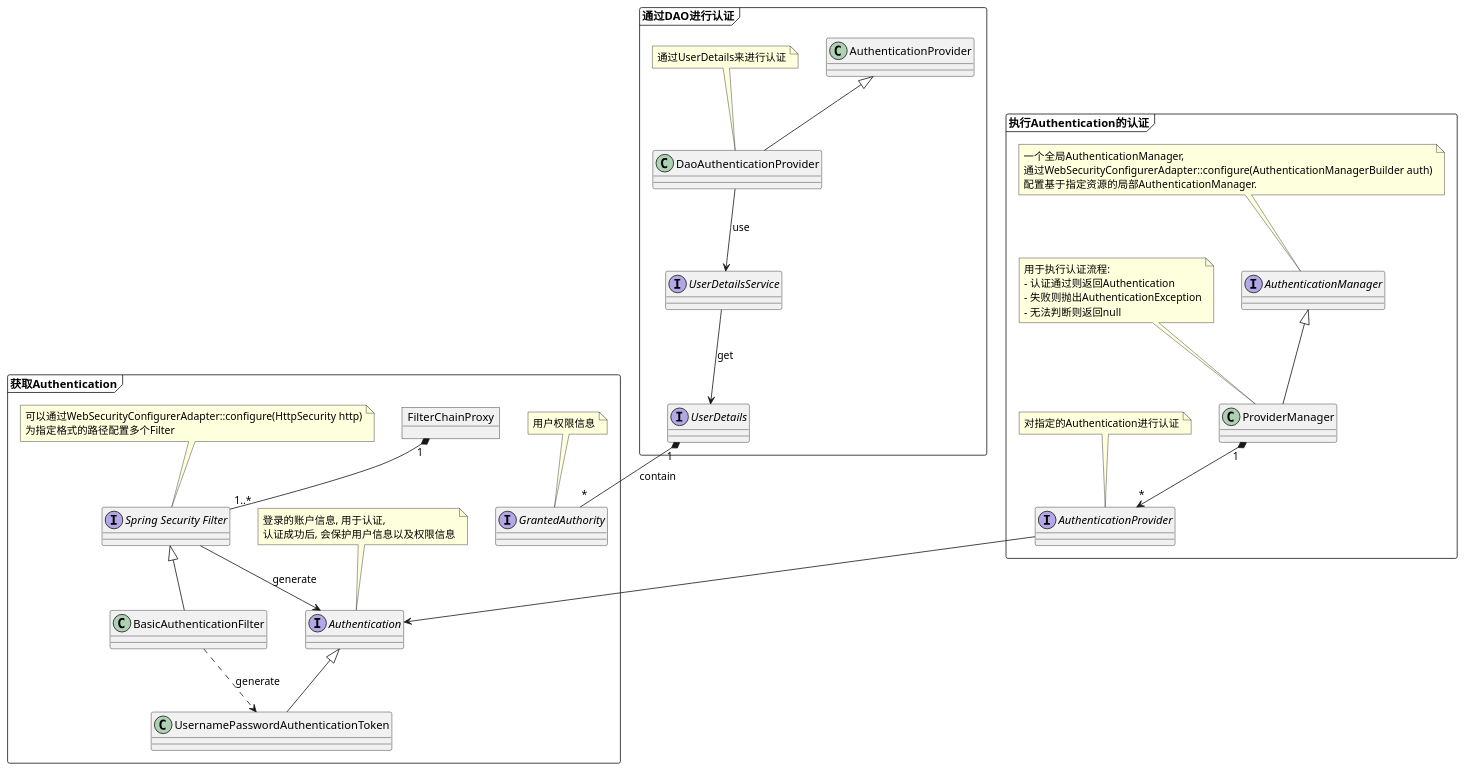
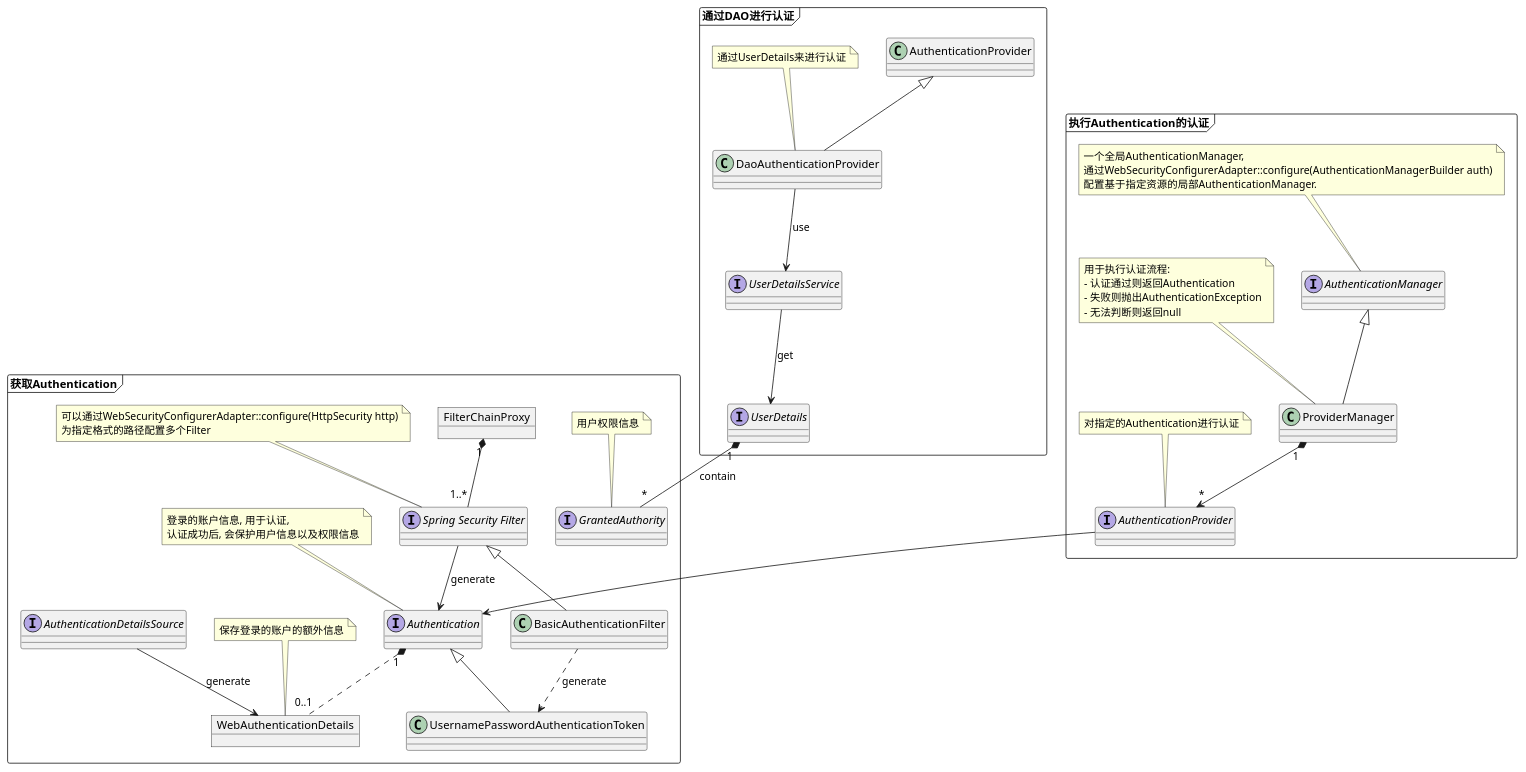
Before and after one commit to xiayy860612/blog-articles: the diagram in 技术/Spring/.Spring Security/architecture.puml, drawn with PlantUML. The commit also changed 6 other files, not shown here.

```diff
--- a/技术/Spring/.Spring Security/architecture.puml
+++ b/技术/Spring/.Spring Security/architecture.puml
@@ -1,78 +1,88 @@
 @startuml "Spring Security框架设计"
 
 frame "获取Authentication" as Step1 {
 object FilterChainProxy
 interface "Spring Security Filter" as Filter
 FilterChainProxy "1" *-- "1..*" Filter
 note as FilterNote
 可以通过WebSecurityConfigurerAdapter::configure(HttpSecurity http)
 为指定格式的路径配置多个Filter
 endnote
 FilterNote .. Filter
 
 interface Authentication
 note as AuthenticationNote
 登录的账户信息, 用于认证,
 认证成功后, 会保护用户信息以及权限信息
 endnote
 AuthenticationNote .. Authentication
+
+object WebAuthenticationDetails
+note as AuthenticationDetails
+保存登录的账户的额外信息
+endnote
+AuthenticationDetails .. WebAuthenticationDetails
+Authentication "1" *.. "0..1" WebAuthenticationDetails
+
+interface AuthenticationDetailsSource
+AuthenticationDetailsSource --> WebAuthenticationDetails: generate
 
 interface GrantedAuthority
 note as GrantedAuthorityNote
 用户权限信息
 endnote
 GrantedAuthorityNote .. GrantedAuthority
 
 Filter --> Authentication: generate
 
 class BasicAuthenticationFilter extends Filter
 class UsernamePasswordAuthenticationToken extends Authentication
 BasicAuthenticationFilter ..> UsernamePasswordAuthenticationToken: generate
 }
 
 frame "执行Authentication的认证" as Step2 {
 
 interface AuthenticationManager
 note as AuthenticationManagerNote
 一个全局AuthenticationManager, 
 通过WebSecurityConfigurerAdapter::configure(AuthenticationManagerBuilder auth)
 配置基于指定资源的局部AuthenticationManager.
 endnote
 AuthenticationManagerNote .. AuthenticationManager
 class ProviderManager extends AuthenticationManager
 note as ProviderManagerNote
 用于执行认证流程: 
 - 认证通过则返回Authentication
 - 失败则抛出AuthenticationException
 - 无法判断则返回null
 endnote
 ProviderManagerNote .. ProviderManager
 
 interface AuthenticationProvider
 note as AuthenticationProviderNote
 对指定的Authentication进行认证
 endnote
 AuthenticationProviderNote .. AuthenticationProvider
 AuthenticationProvider --> Authentication
 
 ProviderManager "1" *--> "*" AuthenticationProvider
 }
 
 frame "通过DAO进行认证" as Step3 {
 
 class DaoAuthenticationProvider extends AuthenticationProvider
 note as DaoAuthenticationProviderNote
 通过UserDetails来进行认证
 endnote
 DaoAuthenticationProviderNote .. DaoAuthenticationProvider
 
 interface UserDetails
 interface UserDetailsService
 UserDetailsService --> UserDetails: get
 DaoAuthenticationProvider --> UserDetailsService: use
 
 UserDetails "1" *-- "*" GrantedAuthority: contain
 
 }
 
 @enduml
```
